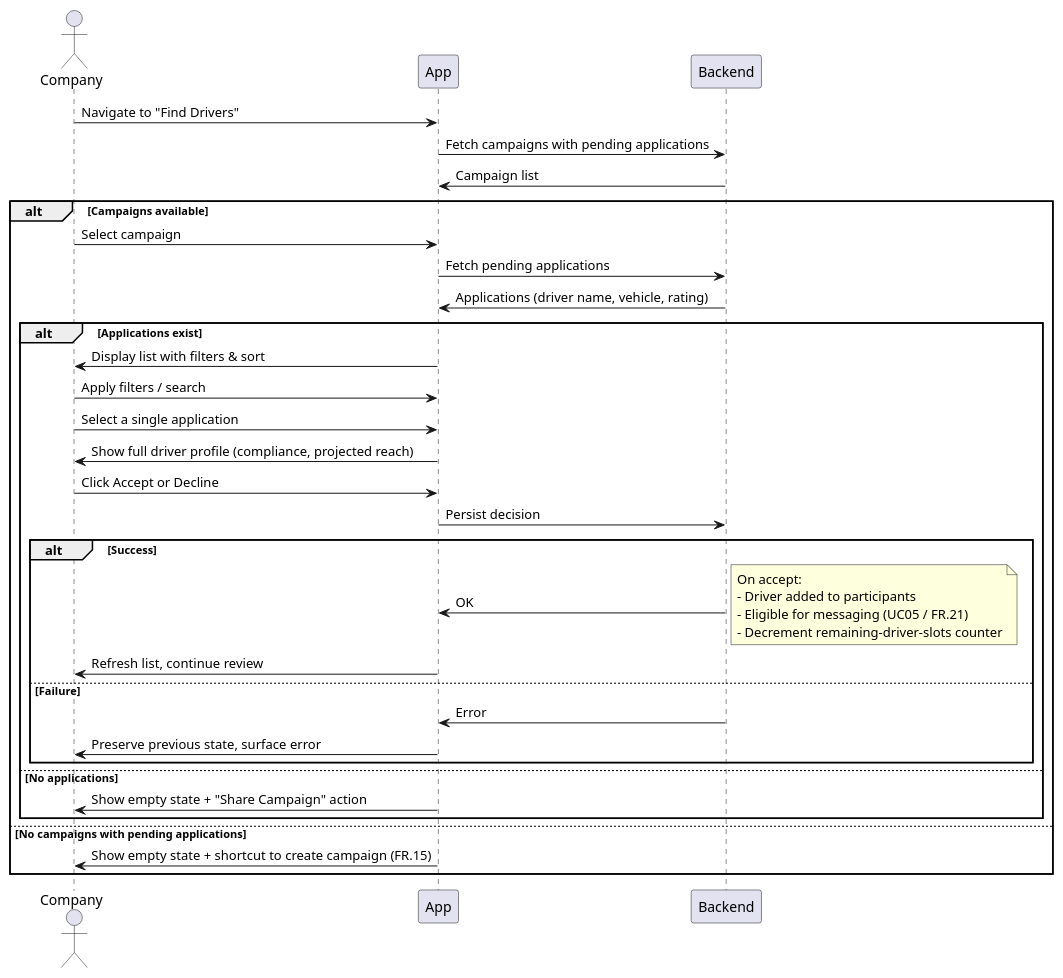
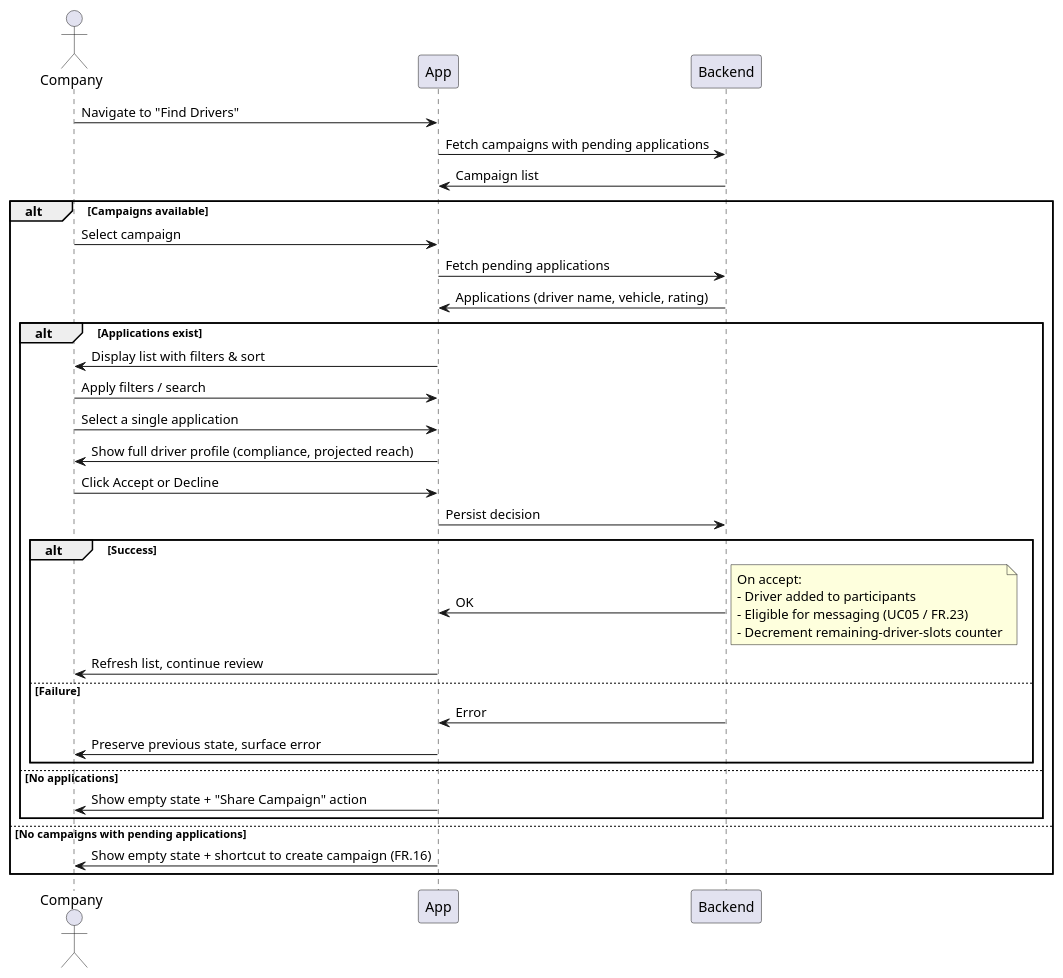
Before and after one commit to TheXik/Ad-on-Wheels: the diagram in DOCS/Usecases/Company/FindDriversForAdCampaign/FindDriversForAD.puml, drawn with PlantUML. The commit also changed 16 other files, not shown here.

```diff
--- a/DOCS/Usecases/Company/FindDriversForAdCampaign/FindDriversForAD.puml
+++ b/DOCS/Usecases/Company/FindDriversForAdCampaign/FindDriversForAD.puml
@@ -1,43 +1,43 @@
 @startuml FindDriversForAdCampaign
 actor Company
 
 Company -> App : Navigate to "Find Drivers"
 App -> Backend : Fetch campaigns with pending applications
 Backend -> App : Campaign list
 
 alt Campaigns available
     Company -> App : Select campaign
     App -> Backend : Fetch pending applications
     Backend -> App : Applications (driver name, vehicle, rating)
 
     alt Applications exist
         App -> Company : Display list with filters & sort
         Company -> App : Apply filters / search
         Company -> App : Select a single application
         App -> Company : Show full driver profile (compliance, projected reach)
         Company -> App : Click Accept or Decline
         App -> Backend : Persist decision
 
         alt Success
             Backend -> App : OK
             note right
                 On accept:
                 - Driver added to participants
-                - Eligible for messaging (UC05 / FR.21)
+                - Eligible for messaging (UC05 / FR.23)
                 - Decrement remaining-driver-slots counter
             end note
             App -> Company : Refresh list, continue review
         else Failure
             Backend -> App : Error
             App -> Company : Preserve previous state, surface error
         end
 
     else No applications
         App -> Company : Show empty state + "Share Campaign" action
     end
 
 else No campaigns with pending applications
-    App -> Company : Show empty state + shortcut to create campaign (FR.15)
+    App -> Company : Show empty state + shortcut to create campaign (FR.16)
 end
 
 @enduml
```
